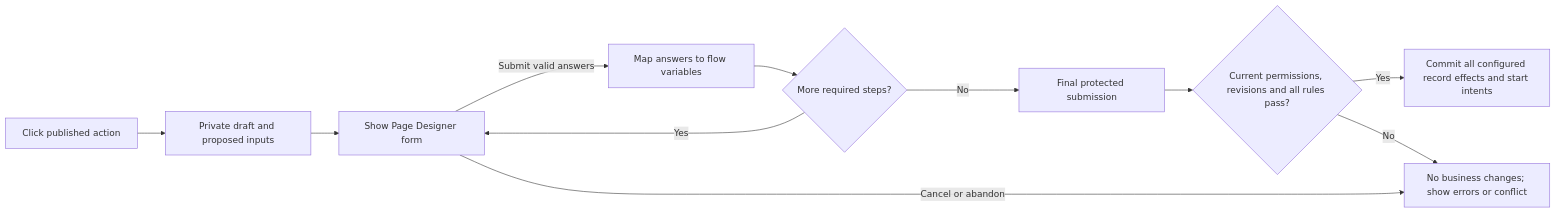
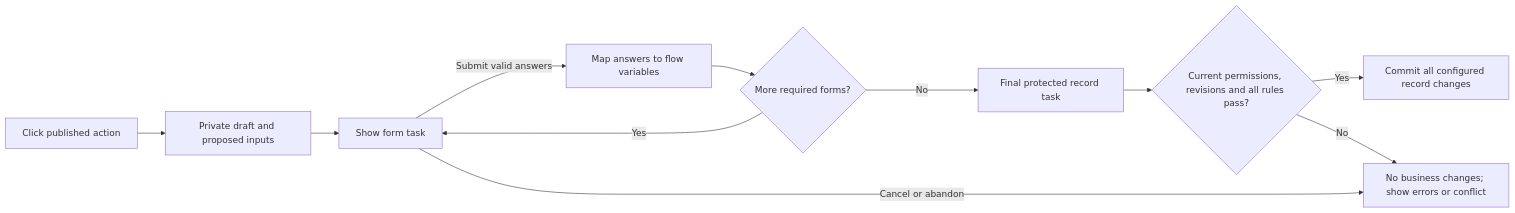
One commit to Abzum-NZ/Abzum-Vortex changed the fourth of 4 diagrams in docs/specification/appendices/frontend-rule-designer.md. Above: the diagram before and after it, drawn with Mermaid. The commit also changed other lines of this file and 1 other file, not shown here.

First line of the commit message:
Review #977: align the flow language with the architecture decisions

````diff
--- a/docs/specification/appendices/frontend-rule-designer.md
+++ b/docs/specification/appendices/frontend-rule-designer.md
@@ -316,13 +372,13 @@
 ```mermaid
 flowchart LR
     B[Click published action] --> D[Private draft and proposed inputs]
-    D --> F[Show Page Designer form]
+    D --> F[Show form task]
     F -- Submit valid answers --> V[Map answers to flow variables]
-    V --> N{More required steps?}
+    V --> N{More required forms?}
     N -- Yes --> F
-    N -- No --> S[Final protected submission]
+    N -- No --> S[Final protected record task]
     S --> C{Current permissions, revisions and all rules pass?}
-    C -- Yes --> ALL[Commit all configured record effects and start intents]
+    C -- Yes --> ALL[Commit all configured record changes]
     C -- No --> NONE[No business changes; show errors or conflict]
     F -- Cancel or abandon --> NONE
 ```
````
